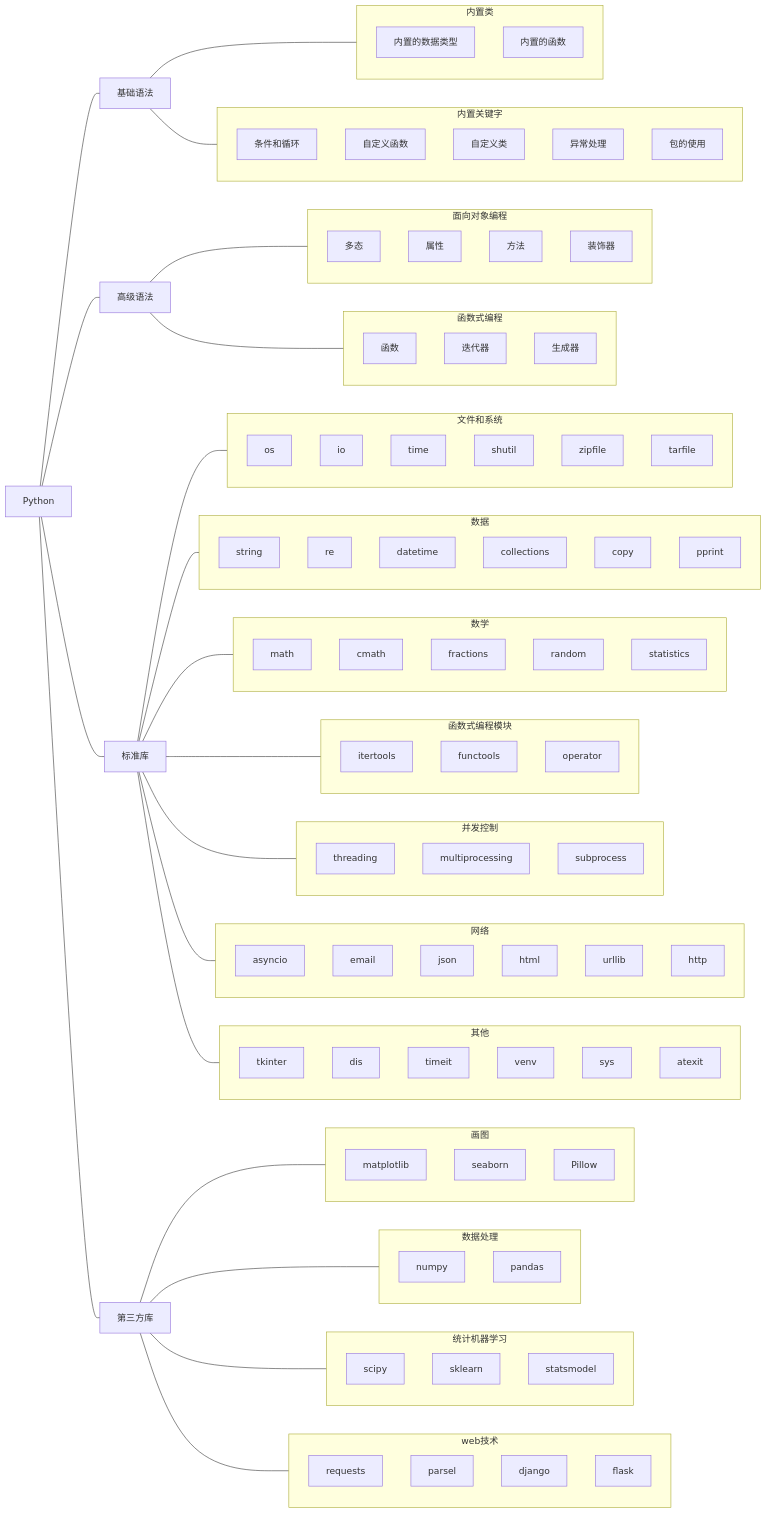
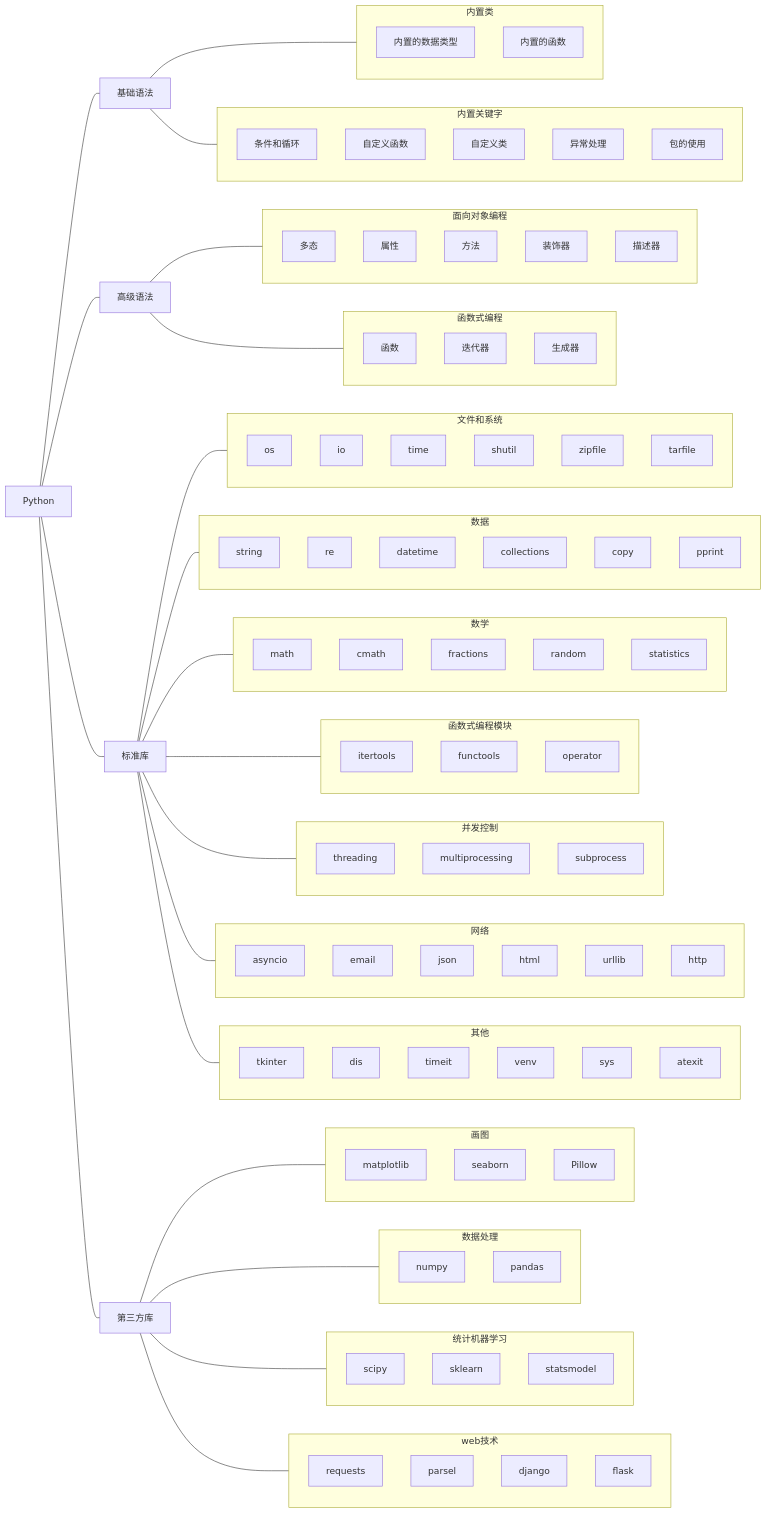
Before and after one commit to AIboy996/AIboy996.GitHub.io: the diagram in docs/Python/index.md, drawn with Mermaid. The commit also changed other lines of this file and 16 other files, not shown here.

````diff
--- a/docs/Python/index.md
+++ b/docs/Python/index.md
@@ -45,78 +44,79 @@
 ```mermaid
 flowchart LR
     subgraph 内置类
     内置的数据类型
     内置的函数
     end
     subgraph 内置关键字
     条件和循环
     自定义函数
     自定义类
     异常处理
     包的使用
     end
     subgraph 面向对象编程
     多态
     属性
     方法
     装饰器
+    描述器
     end
     subgraph 函数式编程
     函数
     迭代器
     生成器
     装饰器
     end
     Python --- 基础语法 & 高级语法 & 标准库 & 第三方库
     基础语法 --- 内置类 & 内置关键字
     高级语法 --- 面向对象编程 & 函数式编程
     
     subgraph 画图
     matplotlib
     seaborn
     Pillow
     end
     subgraph 数据处理
     numpy
     pandas
     end
     subgraph 统计机器学习
     scipy
     sklearn
     statsmodel
     end
     subgraph web技术
     requests
     parsel
     django
     flask
     end
     
     第三方库 --- 画图 & 数据处理 & 统计机器学习 & web技术
     subgraph 文件和系统
     os;io;time;shutil;
   	zipfile;tarfile;
     end
     subgraph 数据
     string;re;datetime;
     collections;copy;pprint;
     end
     subgraph 数学
     math; cmath; fractions; random; statistics
     end
     subgraph 函数式编程模块
     itertools; functools; operator
     end
     subgraph 并发控制
     threading; multiprocessing; subprocess;
     end
     subgraph 网络
     asyncio;email; json; html; urllib; http;
     end
     subgraph 其他
     tkinter;dis;timeit;venv;sys;atexit;dis
     end
     标准库 --- 文件和系统 & 数据 & 数学 & 函数式编程模块 & 并发控制 & 网络 & 其他
     
     
 ```
````
